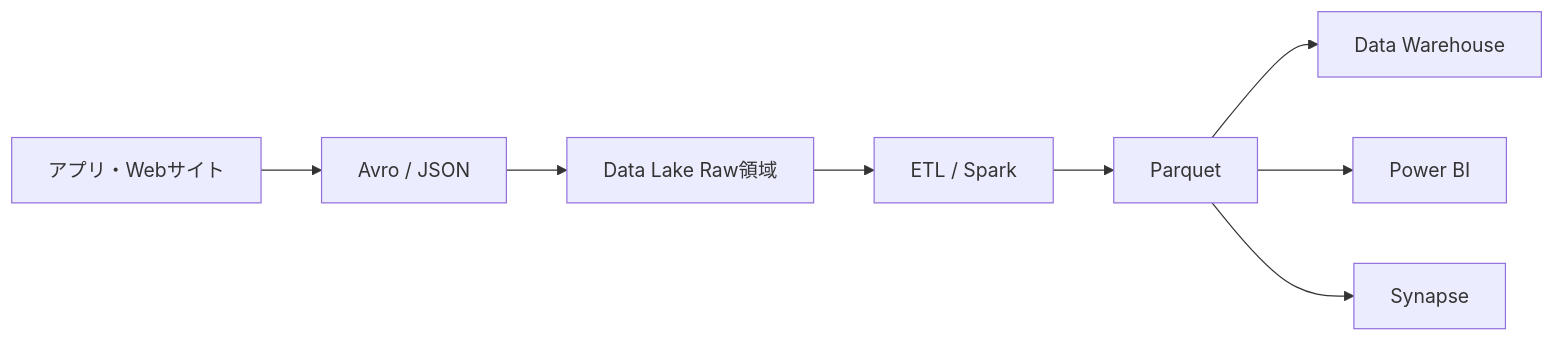
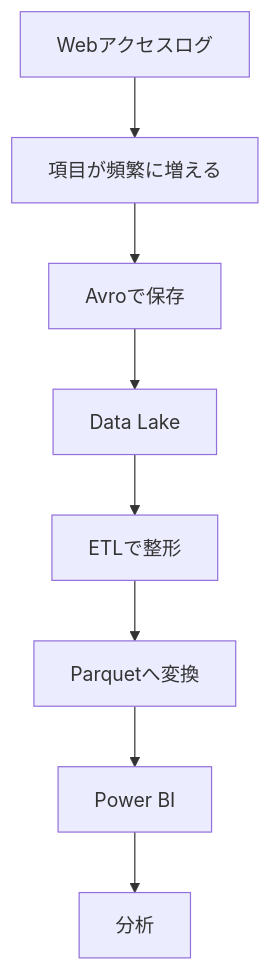
One commit to hayashihiroki-paya/dp900-learning changed the ninth of 10 diagrams in AvroとPerquet.md. Above: the diagram before and after it, drawn with Mermaid. The commit also changed other lines of this file, not shown here.

First line of the commit message:
Revise Avro and Parquet comparison document

````diff
--- a/AvroとPerquet.md
+++ b/AvroとPerquet.md
@@ -346,16 +471,26 @@
 ```mermaid
-flowchart LR
+flowchart TD
 
-A[アプリ・Webサイト]
---> B[Avro / JSON]
+A[Webアクセスログ]
 
-B --> C[Data Lake Raw領域]
+A
+--> B[項目が頻繁に増える]
 
-C --> D[ETL / Spark]
+B
+--> C[Avroで保存]
 
-D --> E[Parquet]
+C
+--> D[Data Lake]
 
-E --> F[Data Warehouse]
-E --> G[Power BI]
-E --> H[Synapse]
+D
+--> E[ETLで整形]
+
+E
+--> F[Parquetへ変換]
+
+F
+--> G[Power BI]
+
+G
+--> H[分析]
 ```
````
